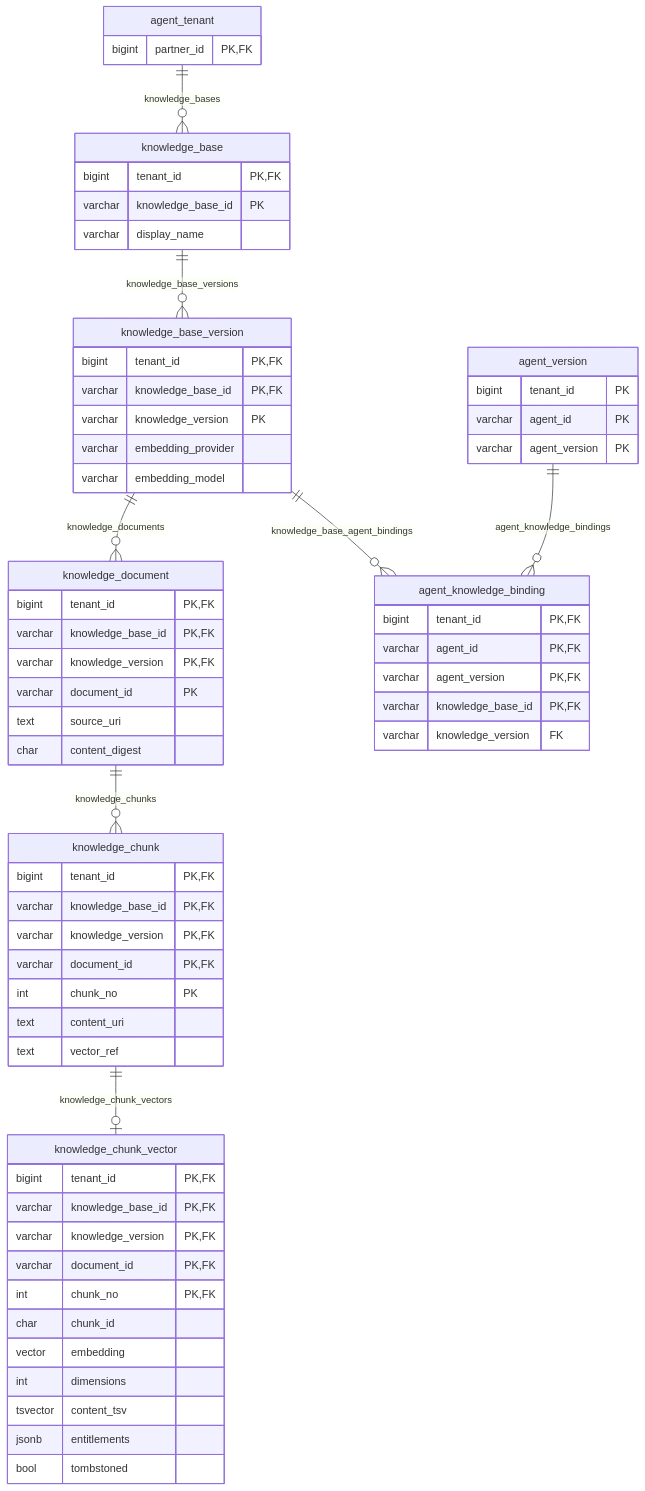
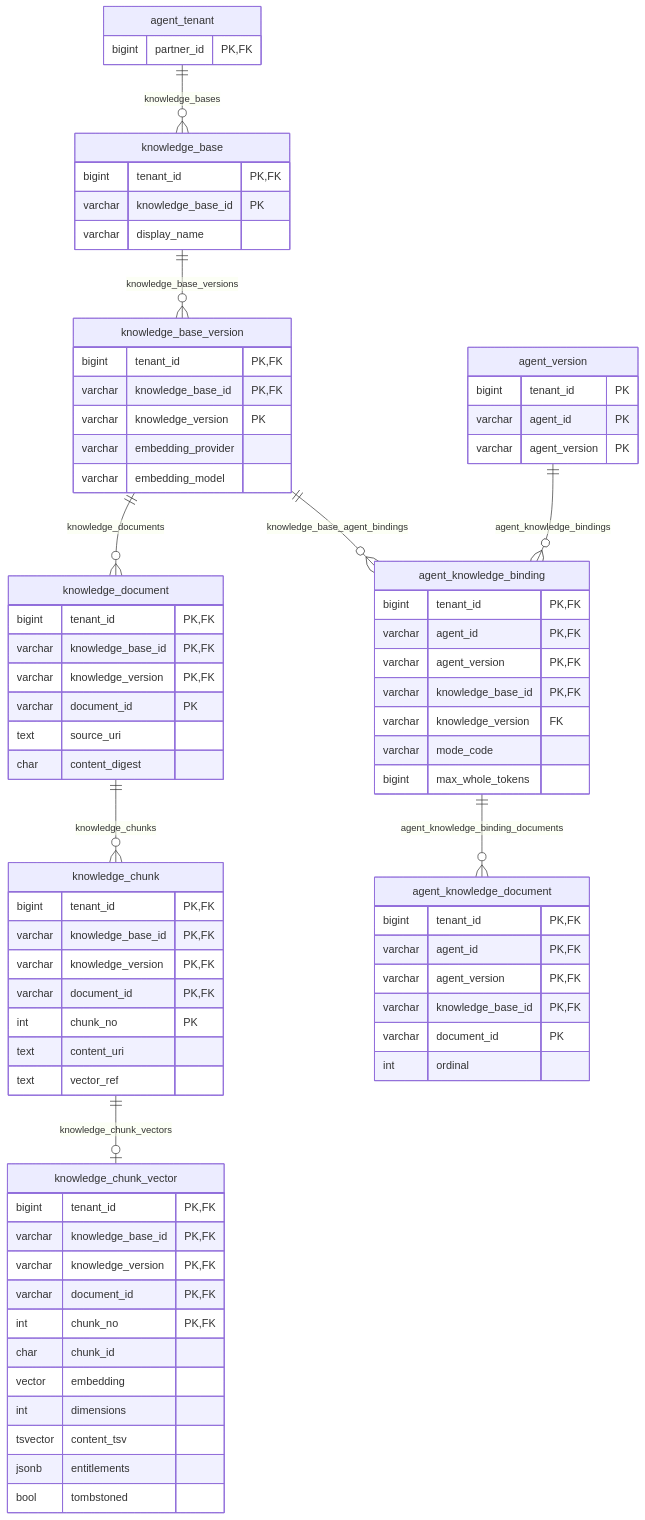
The tenth of 16 diagrams in doc/database.md (nauticana/scout), drawn with Mermaid before and after one commit. The commit also changed other lines of this file and 36 other files, not shown here.

Commit message:
embedding adapters and a governed embedder, knowledge read whole, budget without hedging, tenant model access writer, grounding through the agent runtime

````diff
--- a/doc/database.md
+++ b/doc/database.md
@@ -904,68 +906,79 @@
 ```mermaid
 erDiagram
     agent_tenant ||--o{ knowledge_base : knowledge_bases
     knowledge_base ||--o{ knowledge_base_version : knowledge_base_versions
     knowledge_base_version ||--o{ knowledge_document : knowledge_documents
     knowledge_document ||--o{ knowledge_chunk : knowledge_chunks
     knowledge_chunk ||--o| knowledge_chunk_vector : knowledge_chunk_vectors
     agent_version ||--o{ agent_knowledge_binding : agent_knowledge_bindings
     knowledge_base_version ||--o{ agent_knowledge_binding : knowledge_base_agent_bindings
+    agent_knowledge_binding ||--o{ agent_knowledge_document : agent_knowledge_binding_documents
 
     agent_tenant {
         bigint partner_id PK,FK
     }
     agent_version {
         bigint tenant_id PK
         varchar agent_id PK
         varchar agent_version PK
     }
     knowledge_base {
         bigint tenant_id PK,FK
         varchar knowledge_base_id PK
         varchar display_name
     }
     knowledge_base_version {
         bigint tenant_id PK,FK
         varchar knowledge_base_id PK,FK
         varchar knowledge_version PK
         varchar embedding_provider
         varchar embedding_model
     }
     knowledge_document {
         bigint tenant_id PK,FK
         varchar knowledge_base_id PK,FK
         varchar knowledge_version PK,FK
         varchar document_id PK
         text source_uri
         char content_digest
     }
     knowledge_chunk {
         bigint tenant_id PK,FK
         varchar knowledge_base_id PK,FK
         varchar knowledge_version PK,FK
         varchar document_id PK,FK
         int chunk_no PK
         text content_uri
         text vector_ref
     }
     knowledge_chunk_vector {
         bigint tenant_id PK,FK
         varchar knowledge_base_id PK,FK
         varchar knowledge_version PK,FK
         varchar document_id PK,FK
         int chunk_no PK,FK
         char chunk_id
         vector embedding
         int dimensions
         tsvector content_tsv
         jsonb entitlements
         bool tombstoned
     }
     agent_knowledge_binding {
         bigint tenant_id PK,FK
         varchar agent_id PK,FK
         varchar agent_version PK,FK
         varchar knowledge_base_id PK,FK
         varchar knowledge_version FK
+        varchar mode_code
+        bigint max_whole_tokens
+    }
+    agent_knowledge_document {
+        bigint tenant_id PK,FK
+        varchar agent_id PK,FK
+        varchar agent_version PK,FK
+        varchar knowledge_base_id PK,FK
+        varchar document_id PK
+        int ordinal
     }
 ```
````
